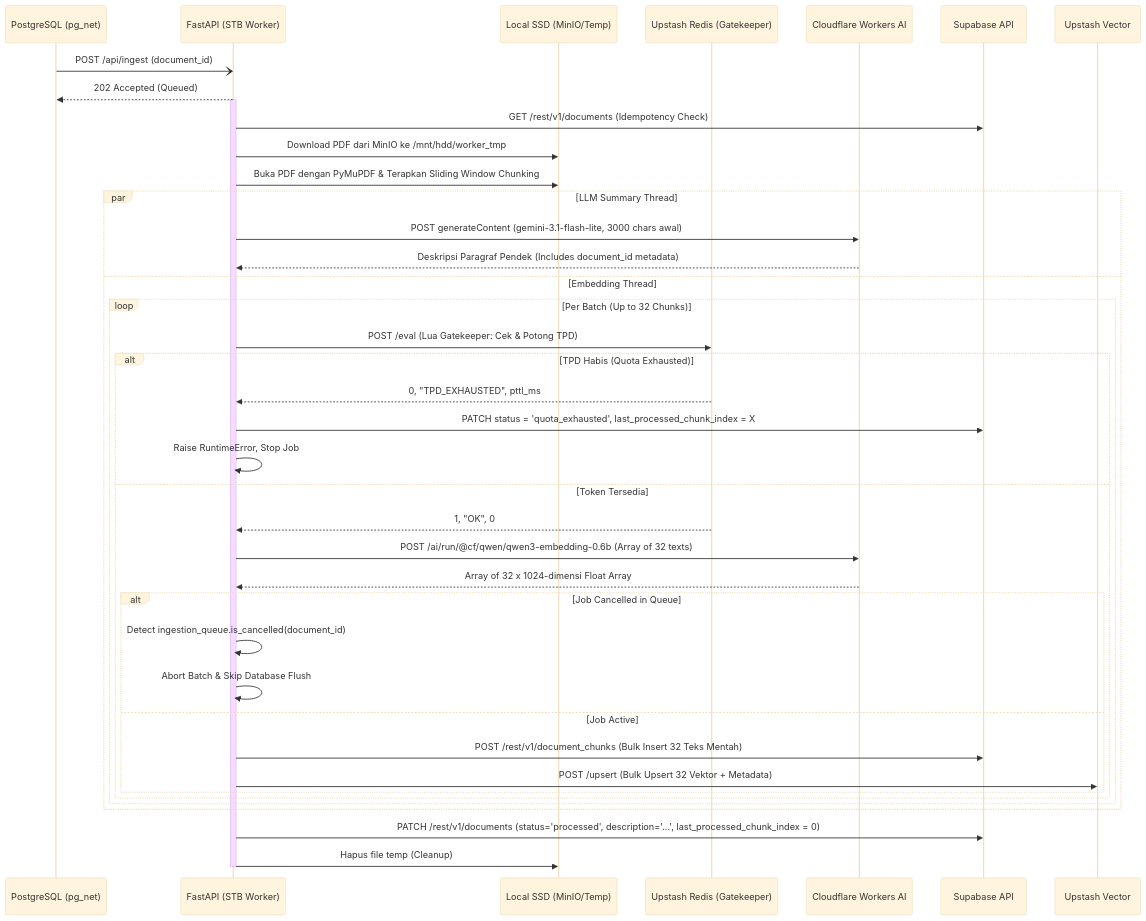
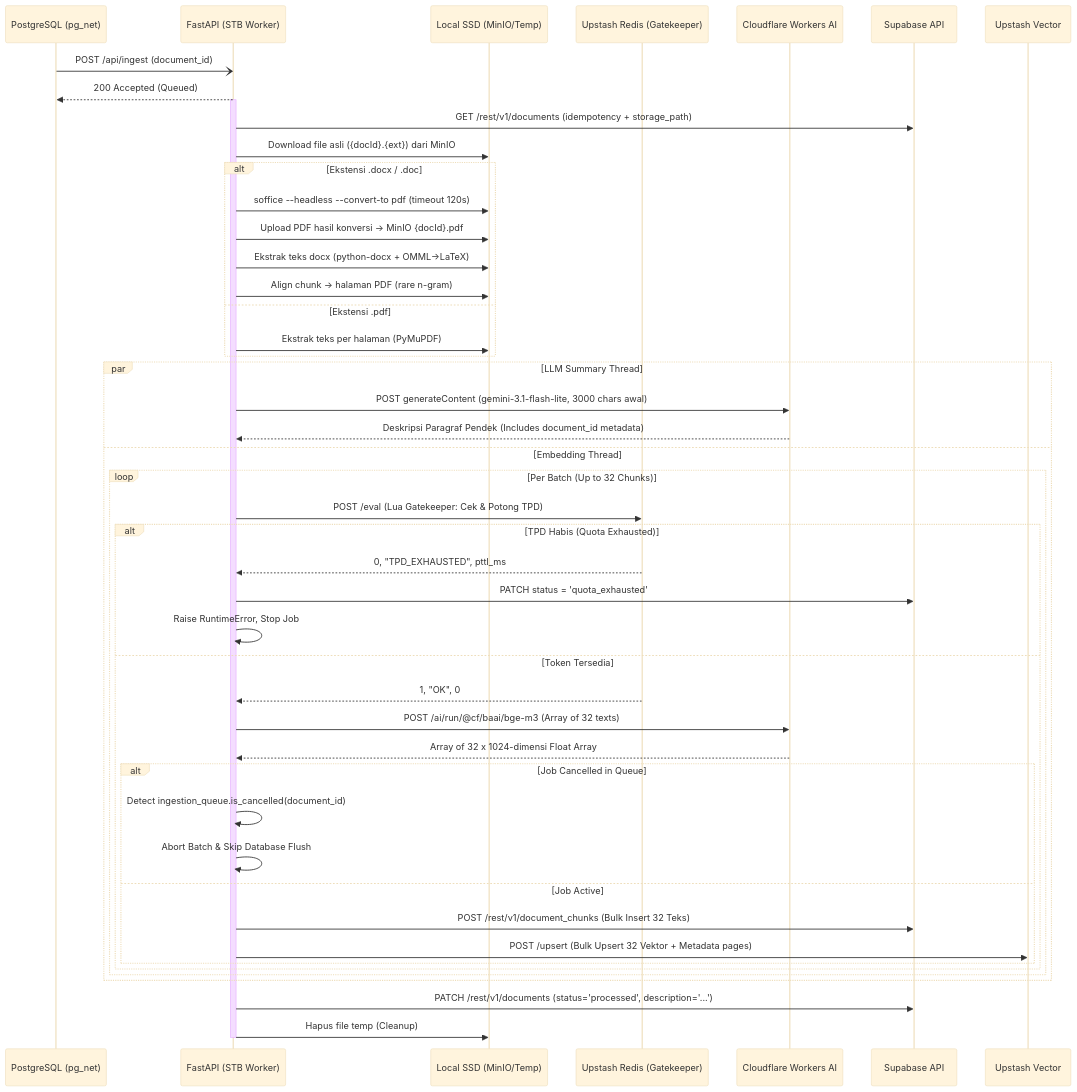
One commit to kanzhamada/Dokyudo changed the diagram in docs/backend/stb-extraction-worker.md. Above: the diagram before and after it, drawn with Mermaid (base theme). The commit also changed other lines of this file and 10 other files, not shown here.

First line of the commit message:
Add DOCX upload support with PDF conversion for preview

````diff
--- a/docs/backend/stb-extraction-worker.md
+++ b/docs/backend/stb-extraction-worker.md
@@ -15,47 +19,55 @@
 ```mermaid
 sequenceDiagram
     participant Supabase as PostgreSQL (pg_net)
     participant API as FastAPI (STB Worker)
     participant Disk as Local SSD (MinIO/Temp)
     participant Redis as Upstash Redis (Gatekeeper)
     participant CF as Cloudflare Workers AI
     participant PostgREST as Supabase API
     participant VectorDB as Upstash Vector
 
     Supabase-)API: POST /api/ingest (document_id)
-    API-->>Supabase: 202 Accepted (Queued)
-    
+    API-->>Supabase: 200 Accepted (Queued)
+
     activate API
-    API->>PostgREST: GET /rest/v1/documents (Idempotency Check)
-    API->>Disk: Download PDF dari MinIO ke /mnt/hdd/worker_tmp
-    API->>Disk: Buka PDF dengan PyMuPDF & Terapkan Sliding Window Chunking
-    
+    API->>PostgREST: GET /rest/v1/documents (idempotency + storage_path)
+    API->>Disk: Download file asli ({docId}.{ext}) dari MinIO
+
+    alt Ekstensi .docx / .doc
+        API->>Disk: soffice --headless --convert-to pdf (timeout 120s)
+        API->>Disk: Upload PDF hasil konversi -> MinIO {docId}.pdf
+        API->>Disk: Ekstrak teks docx (python-docx + OMML->LaTeX)
+        API->>Disk: Align chunk -> halaman PDF (rare n-gram)
+    else Ekstensi .pdf
+        API->>Disk: Ekstrak teks per halaman (PyMuPDF)
+    end
+
     par LLM Summary Thread
         API->>CF: POST generateContent (gemini-3.1-flash-lite, 3000 chars awal)
         CF-->>API: Deskripsi Paragraf Pendek (Includes document_id metadata)
     and Embedding Thread
         loop Per Batch (Up to 32 Chunks)
             API->>Redis: POST /eval (Lua Gatekeeper: Cek & Potong TPD)
             alt TPD Habis (Quota Exhausted)
                 Redis-->>API: 0, "TPD_EXHAUSTED", pttl_ms
-                API->>PostgREST: PATCH status = 'quota_exhausted', last_processed_chunk_index = X
+                API->>PostgREST: PATCH status = 'quota_exhausted'
                 API->>API: Raise RuntimeError, Stop Job
             else Token Tersedia
                 Redis-->>API: 1, "OK", 0
-                API->>CF: POST /ai/run/@cf/qwen/qwen3-embedding-0.6b (Array of 32 texts)
+                API->>CF: POST /ai/run/@cf/baai/bge-m3 (Array of 32 texts)
                 CF-->>API: Array of 32 x 1024-dimensi Float Array
                 alt Job Cancelled in Queue
                     API->>API: Detect ingestion_queue.is_cancelled(document_id)
                     API->>API: Abort Batch & Skip Database Flush
                 else Job Active
-                    API->>PostgREST: POST /rest/v1/document_chunks (Bulk Insert 32 Teks Mentah)
-                    API->>VectorDB: POST /upsert (Bulk Upsert 32 Vektor + Metadata)
+                    API->>PostgREST: POST /rest/v1/document_chunks (Bulk Insert 32 Teks)
+                    API->>VectorDB: POST /upsert (Bulk Upsert 32 Vektor + Metadata pages)
                 end
             end
         end
     end
-    
-    API->>PostgREST: PATCH /rest/v1/documents (status='processed', description='...', last_processed_chunk_index = 0)
+
+    API->>PostgREST: PATCH /rest/v1/documents (status='processed', description='...')
     API->>Disk: Hapus file temp (Cleanup)
     deactivate API
 ```
````
